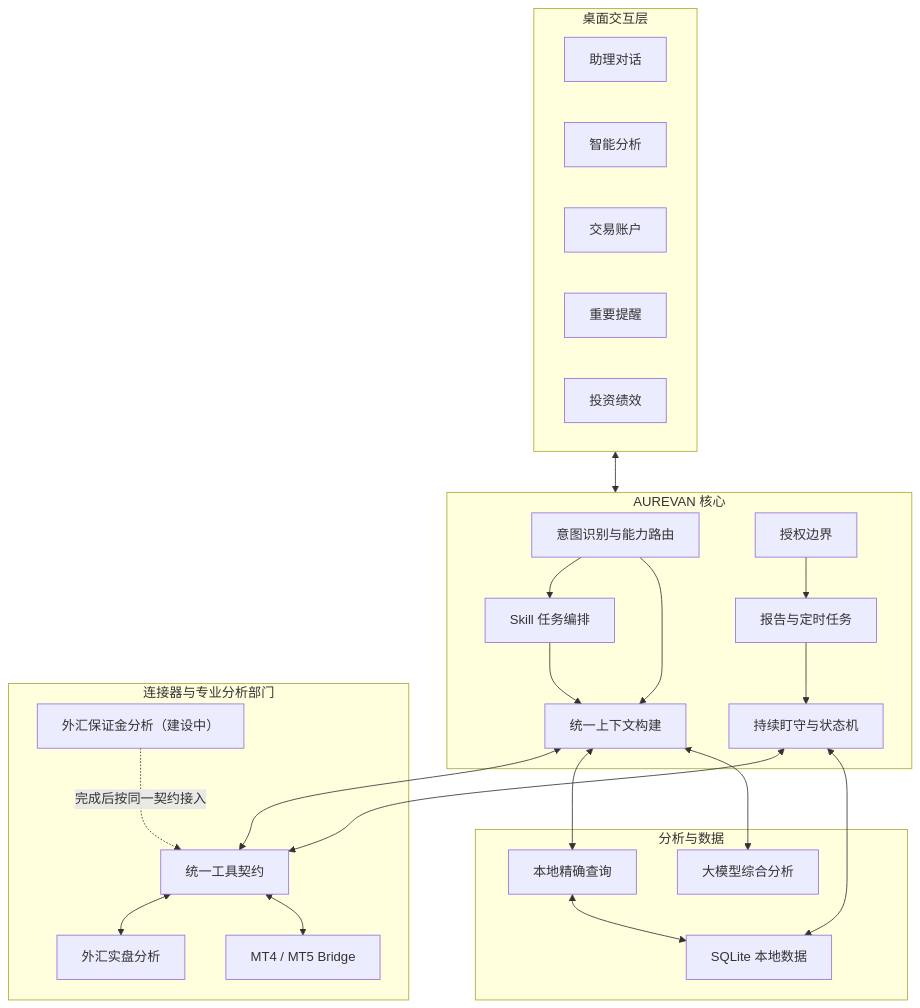
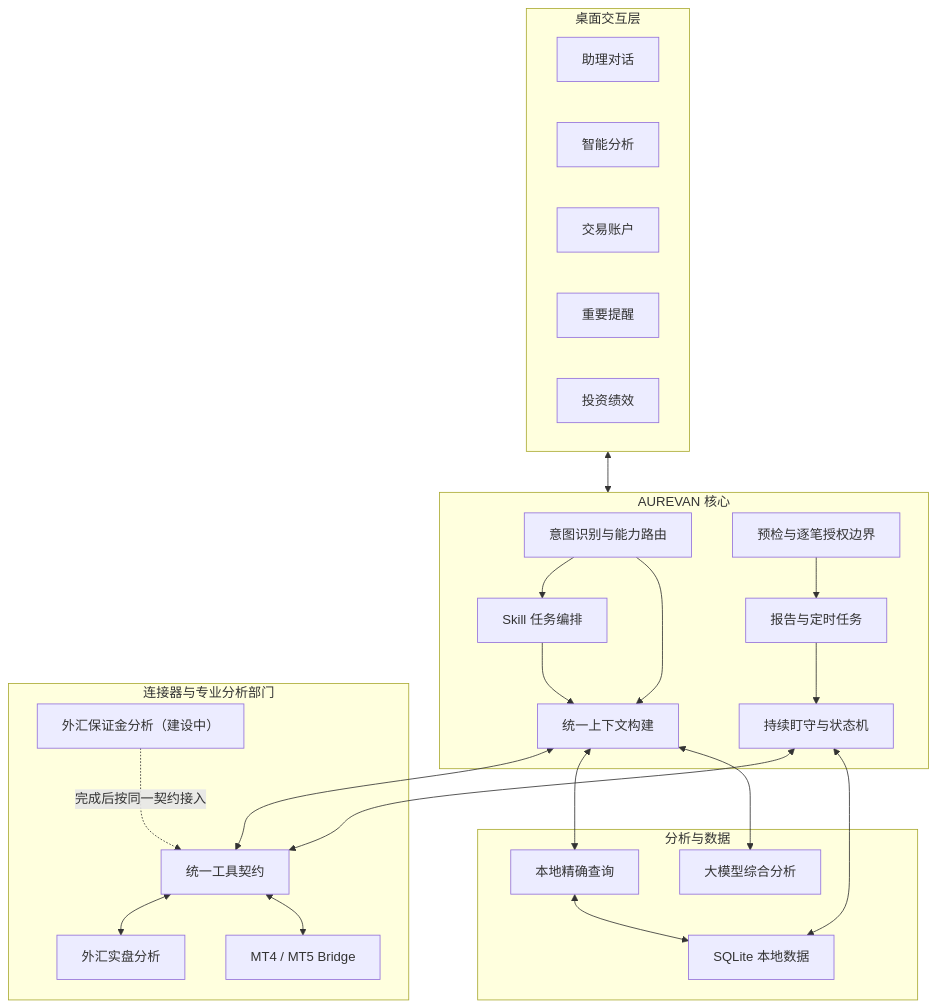
One commit to zhoujianli1990-hue/aurevan-product-case changed the diagram in docs/architecture.md. Above: the diagram before and after it, drawn with Mermaid. The commit also changed other lines of this file, not shown here.

````diff
--- a/docs/architecture.md
+++ b/docs/architecture.md
@@ -7,48 +7,48 @@
 ```mermaid
 flowchart TB
     subgraph UX["桌面交互层"]
         CHAT["助理对话"]
         ANALYSIS["智能分析"]
         ACCOUNTS["交易账户"]
         ALERTS["重要提醒"]
         PERF["投资绩效"]
     end
 
     subgraph CORE["AUREVAN 核心"]
         ROUTER["意图识别与能力路由"]
         SKILL["Skill 任务编排"]
         CONTEXT["统一上下文构建"]
         WATCH["持续盯守与状态机"]
         SCHED["报告与定时任务"]
-        AUTH["授权边界"]
+        AUTH["预检与逐笔授权边界"]
     end
 
     subgraph CONNECTORS["连接器与专业分析部门"]
         CONTRACT["统一工具契约"]
         FOREX["外汇实盘分析"]
         MT["MT4 / MT5 Bridge"]
         MARGIN["外汇保证金分析（建设中）"]
     end
 
     subgraph MODEL["分析与数据"]
         LOCAL["本地精确查询"]
         LLM["大模型综合分析"]
         DB["SQLite 本地数据"]
     end
 
     UX <--> CORE
     ROUTER --> SKILL
     ROUTER --> CONTEXT
     SKILL --> CONTEXT
     CONTEXT <--> CONTRACT
     CONTRACT <--> FOREX
     CONTRACT <--> MT
     MARGIN -. "完成后按同一契约接入" .-> CONTRACT
     CONTEXT <--> LOCAL
     CONTEXT <--> LLM
     WATCH <--> CONTRACT
     SCHED --> WATCH
     AUTH --> SCHED
     LOCAL <--> DB
     WATCH <--> DB
 ```
````
